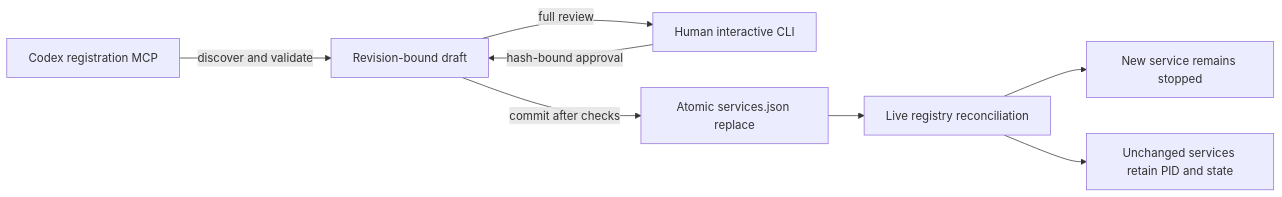
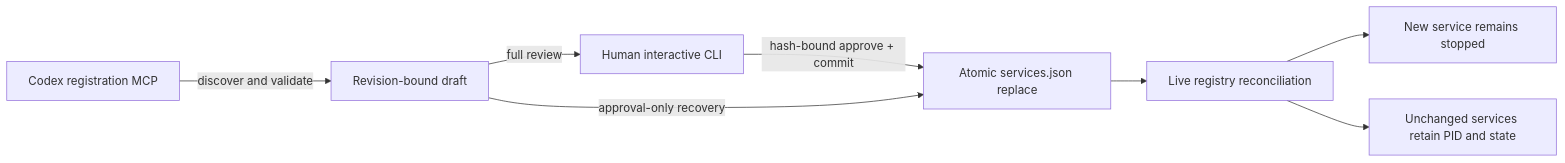
Before and after one commit to abangkis/AkuSupervisor: the diagram in docs/service-registration.md, drawn with Mermaid. The commit also changed other lines of this file and 8 other files, not shown here.

````diff
--- a/docs/service-registration.md
+++ b/docs/service-registration.md
@@ -16,10 +16,10 @@
 ```mermaid
 flowchart LR
     A["Codex registration MCP"] -->|"discover and validate"| D["Revision-bound draft"]
     D -->|"full review"| H["Human interactive CLI"]
-    H -->|"hash-bound approval"| D
-    D -->|"commit after checks"| C["Atomic services.json replace"]
+    H -->|"hash-bound approve + commit"| C["Atomic services.json replace"]
+    D -->|"approval-only recovery"| C
     C --> R["Live registry reconciliation"]
     R --> S["New service remains stopped"]
     R --> U["Unchanged services retain PID and state"]
 ```
````
